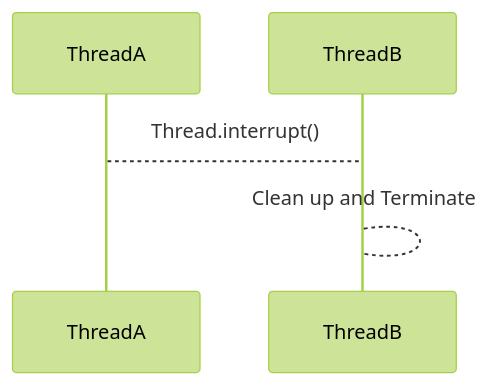
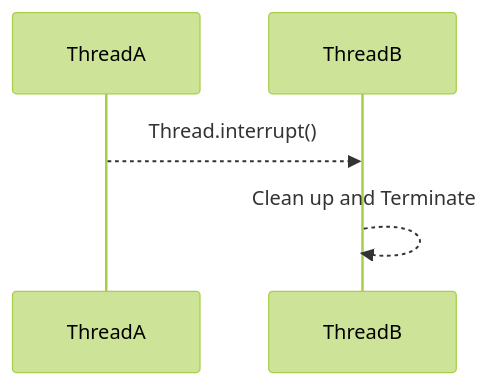
Before and after one commit to maulikdave-fh/notes: the diagram in concurrency/91-Condition-Variables.md, drawn with Mermaid (forest theme).

Commit message:
add interrupt seq diagram

````diff
--- a/concurrency/91-Condition-Variables.md
+++ b/concurrency/91-Condition-Variables.md
@@ -3,5 +3,5 @@
 ```mermaid
     sequenceDiagram
-        ThreadA --> ThreadB : Thread.interrupt()
-        ThreadB --> ThreadB : Clean up and Terminate
+        ThreadA -->> ThreadB : Thread.interrupt()
+        ThreadB -->> ThreadB : Clean up and Terminate
 ```
````
